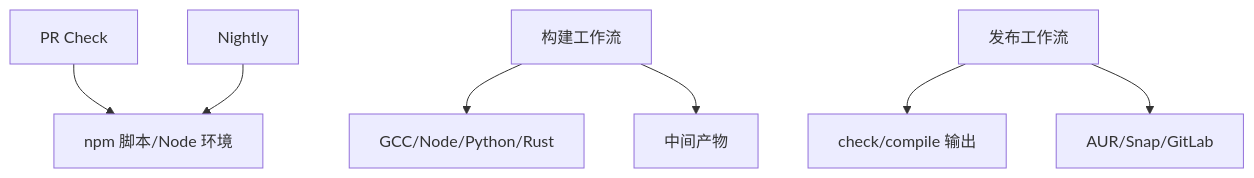
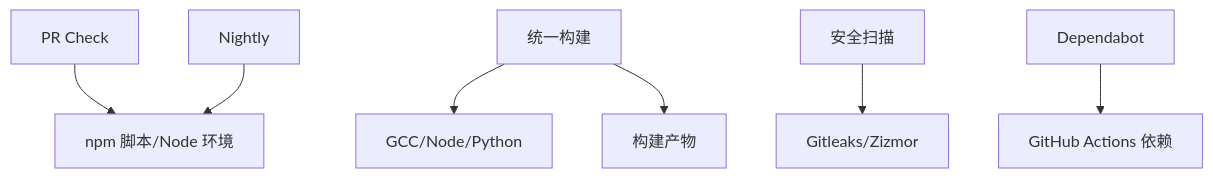
The ninth of 9 diagrams in .qoder/repowiki/zh/content/构建与部署/持续集成.md (sofate798/KodrixCode), drawn with Mermaid before and after one commit. The commit also changed other lines of this file and 6 other files, not shown here.

````diff
--- a/.qoder/repowiki/zh/content/构建与部署/持续集成.md
+++ b/.qoder/repowiki/zh/content/构建与部署/持续集成.md
@@ -332,9 +282,9 @@
 ```mermaid
 graph TB
 PRW["PR Check"] --> NPM["npm 脚本/Node 环境"]
 NIGHTLY["Nightly"] --> NPM
-BUILD["构建工作流"] --> TOOLCHAIN["GCC/Node/Python/Rust"]
-BUILD --> ARTIFACTS["中间产物"]
-PUB["发布工作流"] --> CHECK["check/compile 输出"]
-PUB --> CHANNELS["AUR/Snap/GitLab"]
+BUILD["统一构建"] --> TOOLCHAIN["GCC/Node/Python"]
+BUILD --> ARTIFACTS["构建产物"]
+SECURITY["安全扫描"] --> TOOLS["Gitleaks/Zizmor"]
+DEPENDABOT["Dependabot"] --> ACTIONS["GitHub Actions 依赖"]
 ```
````
